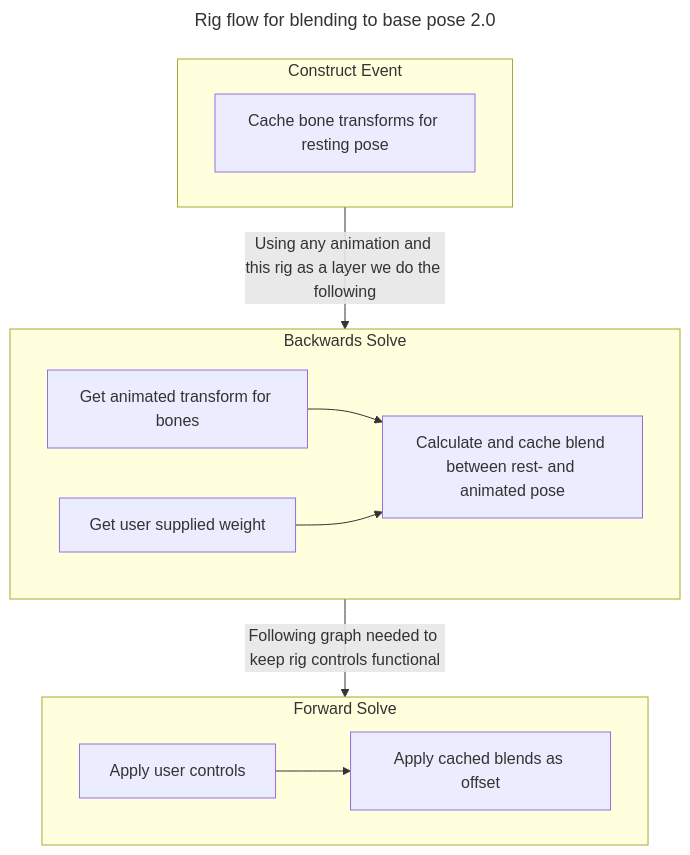
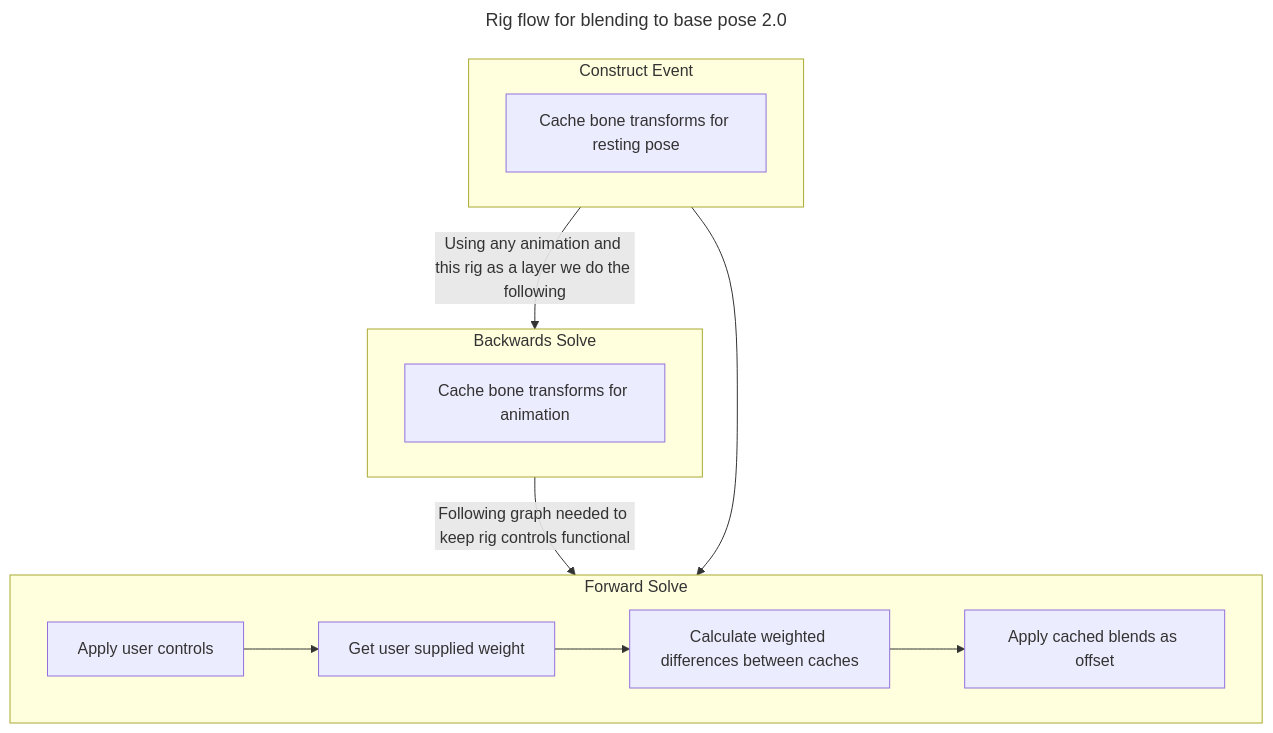
One commit to J-Andersen-UvA/ToucanVault changed the second of 2 diagrams in Unreal/Plugins/PosePasting.md. Above: the diagram before and after it, drawn with Mermaid.

Commit message:
vault backup: 2026-09-01 14:45:24

````diff
--- a/Unreal/Plugins/PosePasting.md
+++ b/Unreal/Plugins/PosePasting.md
@@ -41,29 +41,27 @@
 ```mermaid
 ---
 title: Rig flow for blending to base pose 2.0
 ---
 flowchart TD
 
 
     subgraph A[Construct Event]
         A0[Cache bone transforms for resting pose]
     end
 
 	subgraph B[Backwards Solve]
-		B0[Get animated transform for bones]
-		B1[Get user supplied weight]
-		B2[Calculate and cache blend between rest- and animated pose]
-		B0 --> B2
-		B1 --> B2
+		B0[Cache bone transforms for animation]
 	end
 	
 	subgraph C[Forward Solve]
 		C0[Apply user controls]
-		C1[Apply cached blends as offset]
-		C0 --> C1
+		C1[Get user supplied weight]
+		C2[Calculate weighted differences between caches]
+		C3[Apply cached blends as offset]
+		C0 --> C1 --> C2 --> C3
 	end
 	
 	A -->|Using any animation and this rig as a layer we do the following| B
 	B -->|Following graph needed to keep rig controls functional| C
-	
+	A --> C	
 ```
````
